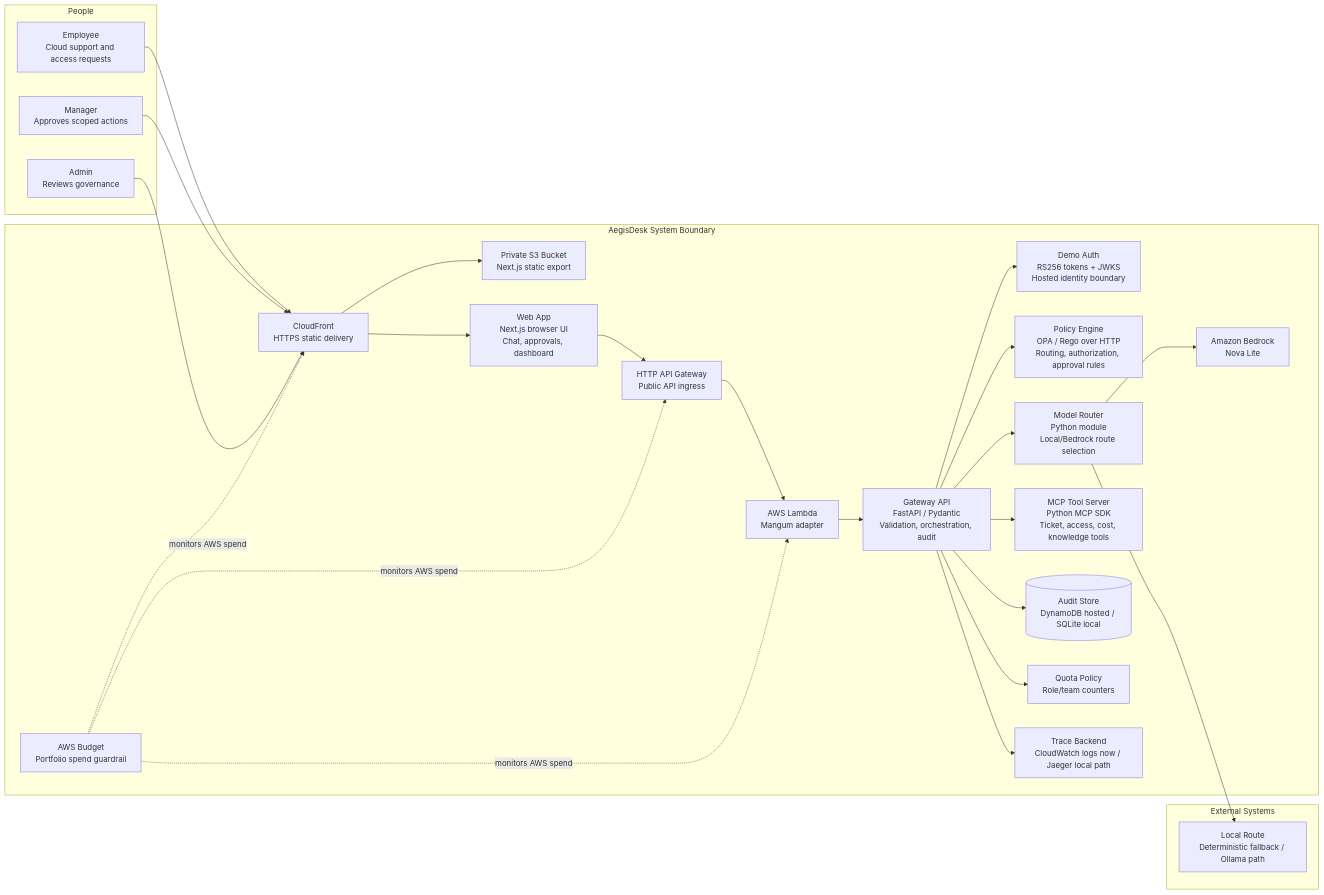
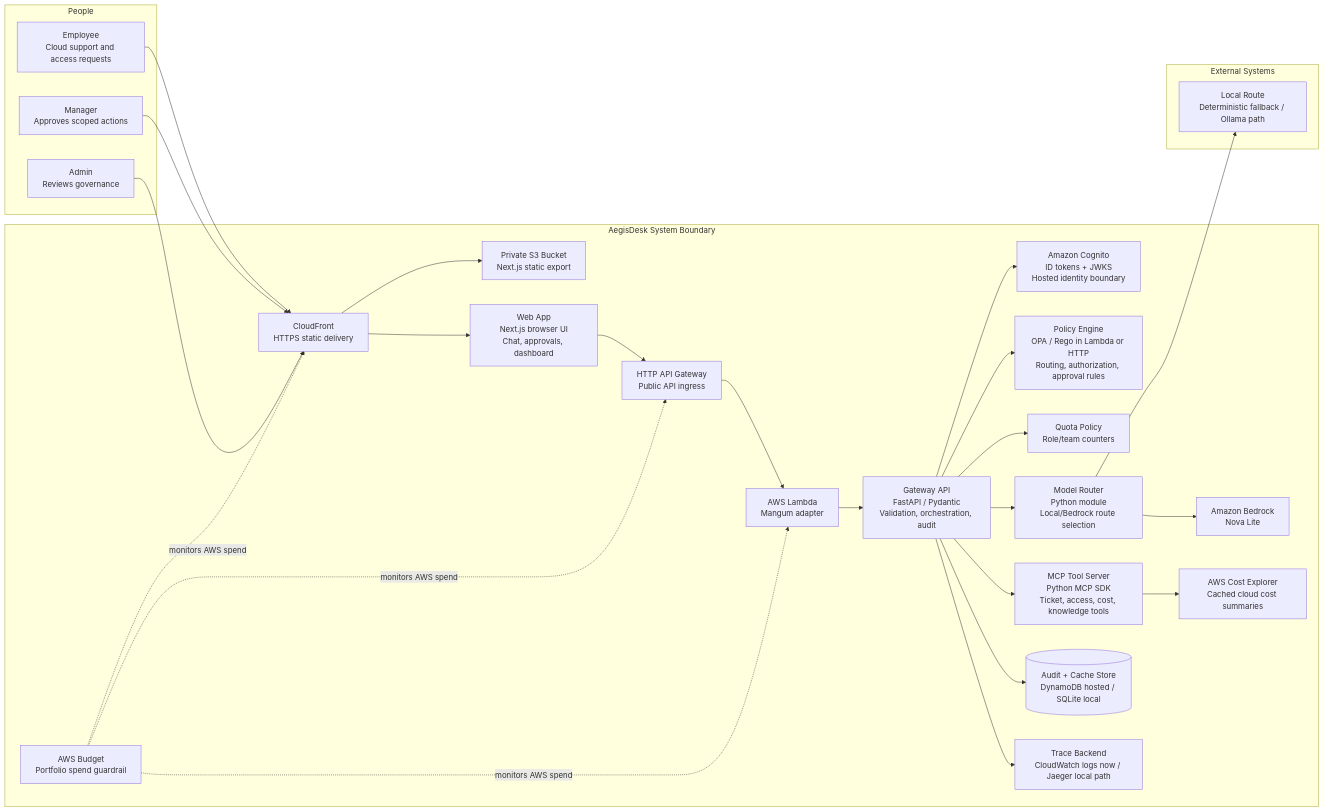
The diagram in docs/architecture.md (manynames3/aegisdesk-cloudops-control-plane), drawn with Mermaid before and after one commit. The commit also changed other lines of this file and 51 other files, not shown here.

Commit message:
feat: add Cognito live OPA and Cost Explorer

````diff
--- a/docs/architecture.md
+++ b/docs/architecture.md
@@ -7,51 +7,53 @@
 ```mermaid
 flowchart LR
     subgraph People["People"]
         Employee["Employee<br/>Cloud support and access requests"]
         Manager["Manager<br/>Approves scoped actions"]
         Admin["Admin<br/>Reviews governance"]
     end
 
     subgraph AegisDesk["AegisDesk System Boundary"]
         CDN["CloudFront<br/>HTTPS static delivery"]
         Static["Private S3 Bucket<br/>Next.js static export"]
         Web["Web App<br/>Next.js browser UI<br/>Chat, approvals, dashboard"]
         APIGW["HTTP API Gateway<br/>Public API ingress"]
         Lambda["AWS Lambda<br/>Mangum adapter"]
-        Auth["Demo Auth<br/>RS256 tokens + JWKS<br/>Hosted identity boundary"]
+        Auth["Amazon Cognito<br/>ID tokens + JWKS<br/>Hosted identity boundary"]
         API["Gateway API<br/>FastAPI / Pydantic<br/>Validation, orchestration, audit"]
-        Policy["Policy Engine<br/>OPA / Rego over HTTP<br/>Routing, authorization, approval rules"]
+        Policy["Policy Engine<br/>OPA / Rego in Lambda or HTTP<br/>Routing, authorization, approval rules"]
         Router["Model Router<br/>Python module<br/>Local/Bedrock route selection"]
         Bedrock["Amazon Bedrock<br/>Nova Lite"]
         Tools["MCP Tool Server<br/>Python MCP SDK<br/>Ticket, access, cost, knowledge tools"]
-        Audit[("Audit Store<br/>DynamoDB hosted / SQLite local")]
+        Cost["AWS Cost Explorer<br/>Cached cloud cost summaries"]
+        Audit[("Audit + Cache Store<br/>DynamoDB hosted / SQLite local")]
         Quota["Quota Policy<br/>Role/team counters"]
         Trace["Trace Backend<br/>CloudWatch logs now / Jaeger local path"]
         Budget["AWS Budget<br/>Portfolio spend guardrail"]
     end
 
     subgraph External["External Systems"]
         LocalModel["Local Route<br/>Deterministic fallback / Ollama path"]
     end
 
     Employee --> CDN
     Manager --> CDN
     Admin --> CDN
     CDN --> Static
     CDN --> Web
     Web --> APIGW
     APIGW --> Lambda
     Lambda --> API
     API --> Auth
     API --> Policy
     API --> Quota
     API --> Router
     Router --> LocalModel
     Router --> Bedrock
     API --> Tools
+    Tools --> Cost
     API --> Audit
     API --> Trace
     Budget -.->|monitors AWS spend| CDN
     Budget -.->|monitors AWS spend| APIGW
     Budget -.->|monitors AWS spend| Lambda
 ```
````
